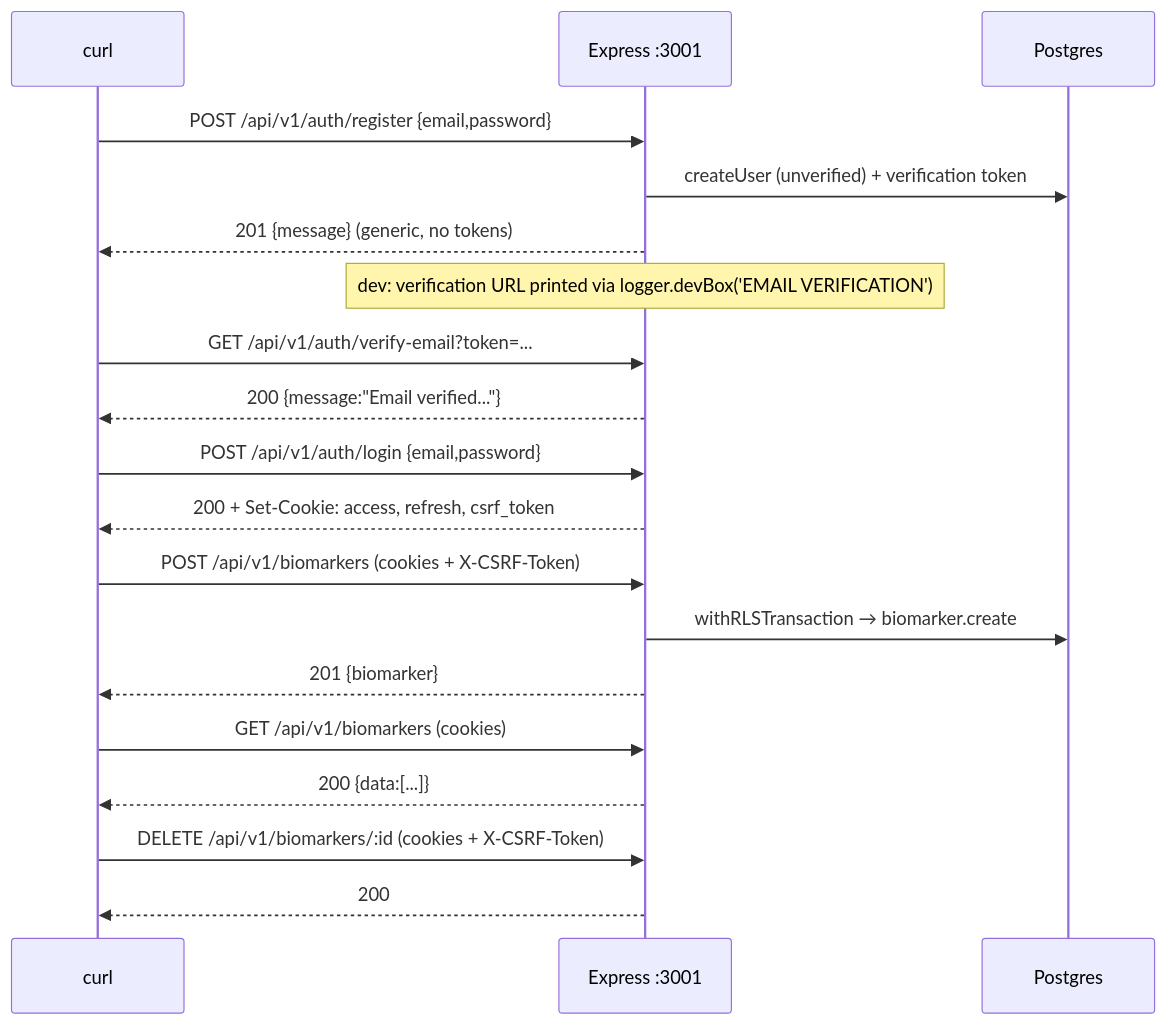
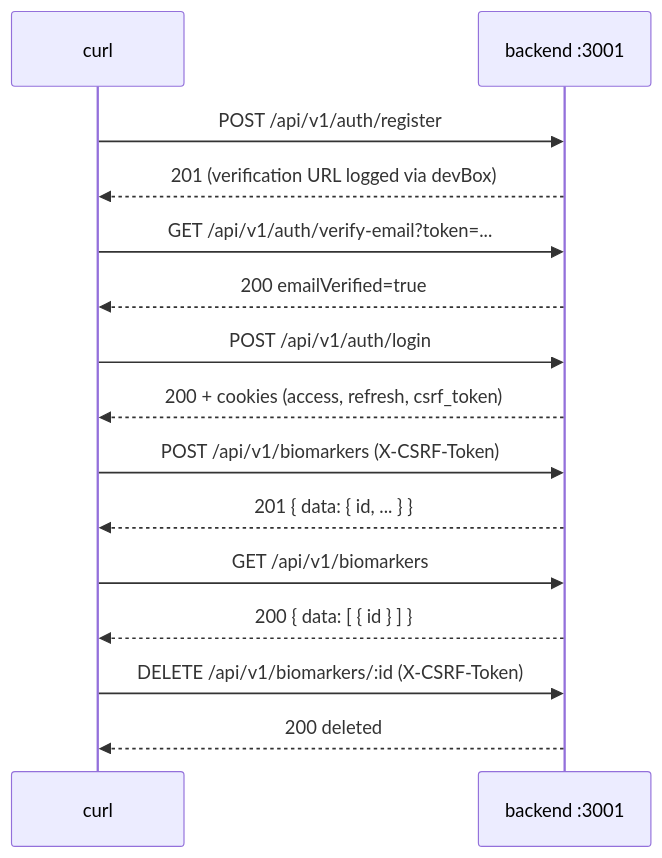
Before and after one commit to breilly1296/OwnMyHealth-Claude: the diagram in New Project Documents/LOCAL_DEV.md, drawn with Mermaid. The commit also changed other lines of this file and 146 other files, not shown here.

First line of the commit message:
docs: refresh doc set + reorg security reviews; add GTM, analysis, prompts

````diff
--- a/New Project Documents/LOCAL_DEV.md
+++ b/New Project Documents/LOCAL_DEV.md
@@ -255,21 +287,17 @@
 ```mermaid
 sequenceDiagram
   participant C as curl
-  participant API as Express :3001
-  participant DB as Postgres
-  C->>API: POST /api/v1/auth/register {email,password}
-  API->>DB: createUser (unverified) + verification token
-  API-->>C: 201 {message} (generic, no tokens)
-  Note over API: dev: verification URL printed via logger.devBox('EMAIL VERIFICATION')
+  participant API as backend :3001
+  C->>API: POST /api/v1/auth/register
+  API-->>C: 201 (verification URL logged via devBox)
   C->>API: GET /api/v1/auth/verify-email?token=...
-  API-->>C: 200 {message:"Email verified..."}
-  C->>API: POST /api/v1/auth/login {email,password}
-  API-->>C: 200 + Set-Cookie: access, refresh, csrf_token
-  C->>API: POST /api/v1/biomarkers (cookies + X-CSRF-Token)
-  API->>DB: withRLSTransaction → biomarker.create
-  API-->>C: 201 {biomarker}
-  C->>API: GET /api/v1/biomarkers (cookies)
-  API-->>C: 200 {data:[...]}
-  C->>API: DELETE /api/v1/biomarkers/:id (cookies + X-CSRF-Token)
-  API-->>C: 200
+  API-->>C: 200 emailVerified=true
+  C->>API: POST /api/v1/auth/login
+  API-->>C: 200 + cookies (access, refresh, csrf_token)
+  C->>API: POST /api/v1/biomarkers (X-CSRF-Token)
+  API-->>C: 201 { data: { id, ... } }
+  C->>API: GET /api/v1/biomarkers
+  API-->>C: 200 { data: [ { id } ] }
+  C->>API: DELETE /api/v1/biomarkers/:id (X-CSRF-Token)
+  API-->>C: 200 deleted
 ```
````
